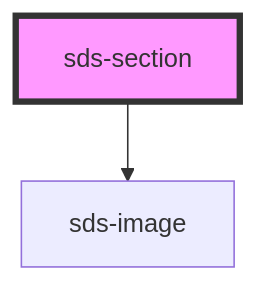
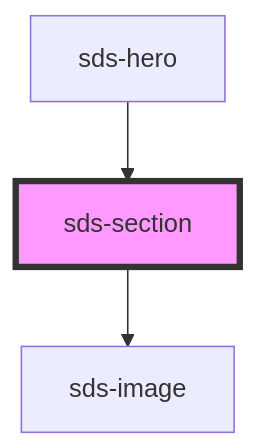
Before and after one commit to chodgesfigma/sds-mono: the diagram in packages/sds-web-components/src/ui/layout/sds-section/readme.md, drawn with Mermaid. The commit also changed other lines of this file and 26 other files, not shown here.

````diff
--- a/packages/sds-web-components/src/ui/layout/sds-section/readme.md
+++ b/packages/sds-web-components/src/ui/layout/sds-section/readme.md
@@ -27,5 +31,6 @@
 ```mermaid
 graph TD;
   sds-section --> sds-image
+  sds-hero --> sds-section
   style sds-section fill:#f9f,stroke:#333,stroke-width:4px
 ```
````
